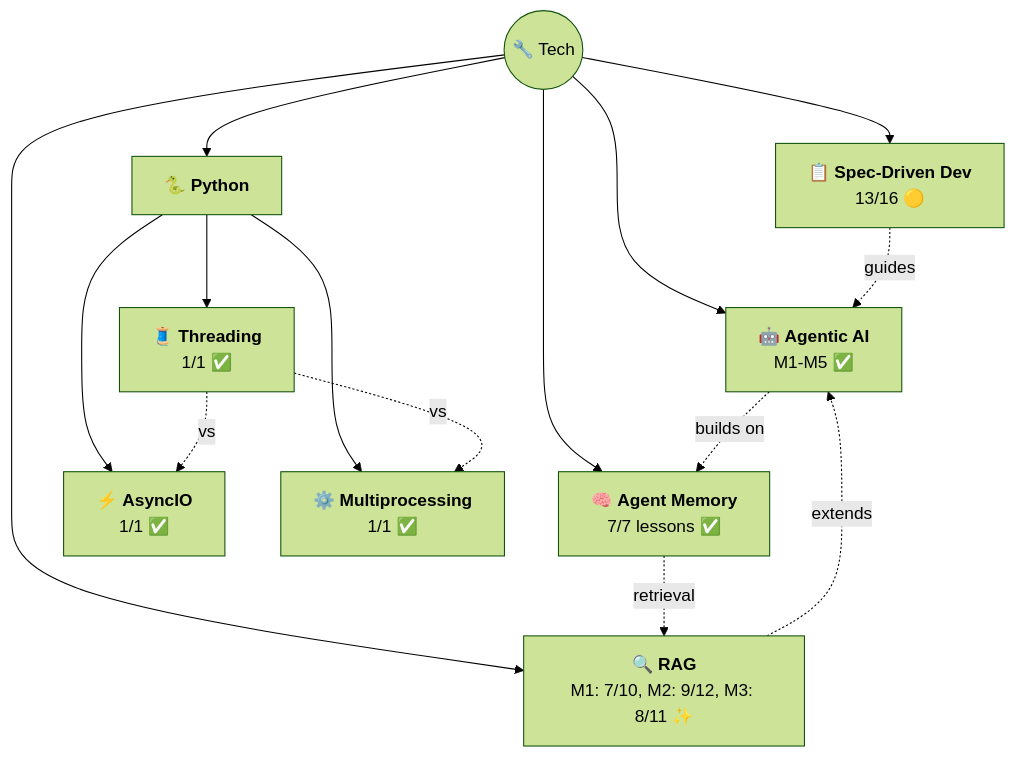
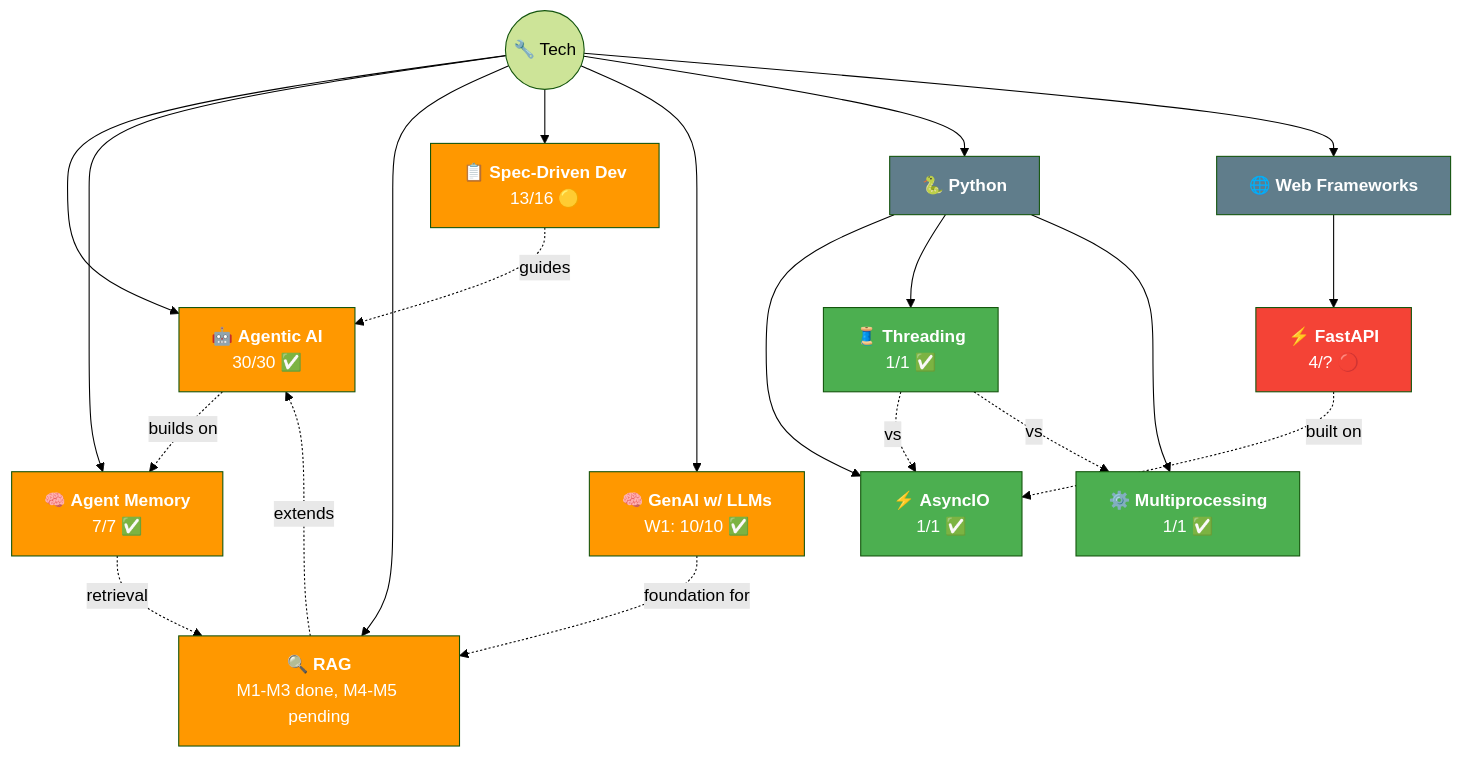
One commit to AyushSonuu/my-memory changed the diagram in _maps/tech.md. Above: the diagram before and after it, drawn with Mermaid (forest theme). The commit also changed other lines of this file and 10 other files, not shown here.

Commit message:
🔄 sync: full Tier 1+2 vault sync — FastAPI added to maps, GenAI W1 nav complete, tracker refreshed, fastapi_blog reset

````diff
--- a/_maps/tech.md
+++ b/_maps/tech.md
@@ -5,18 +5,39 @@
 ```mermaid
 graph TB
     T(("🔧 Tech"))
-    T --> AG["🤖 <b>Agentic AI</b><br/>M1-M5 ✅"]
-    T --> AM["🧠 <b>Agent Memory</b><br/>7/7 lessons ✅"]
-    T --> RAG["🔍 <b>RAG</b><br/>M1: 7/10, M2: 9/12, M3: 8/11 ✨"]
+
+    T --> AG["🤖 <b>Agentic AI</b><br/>30/30 ✅"]
+    T --> AM["🧠 <b>Agent Memory</b><br/>7/7 ✅"]
+    T --> RAG["🔍 <b>RAG</b><br/>M1-M3 done, M4-M5 pending"]
+    T --> SDD["📋 <b>Spec-Driven Dev</b><br/>13/16 🟡"]
+    T --> GN["🧠 <b>GenAI w/ LLMs</b><br/>W1: 10/10 ✅"]
+
     T --> PY["🐍 <b>Python</b>"]
     PY --> AIO["⚡ <b>AsyncIO</b><br/>1/1 ✅"]
     PY --> THR["🧵 <b>Threading</b><br/>1/1 ✅"]
     PY --> MP["⚙️ <b>Multiprocessing</b><br/>1/1 ✅"]
+
+    T --> WF["🌐 <b>Web Frameworks</b>"]
+    WF --> FA["⚡ <b>FastAPI</b><br/>4/? 🔴"]
+
     AG -.->|"builds on"| AM
     AM -.->|"retrieval"| RAG
     RAG -.->|"extends"| AG
-    T --> SDD["📋 <b>Spec-Driven Dev</b><br/>13/16 🟡"]
     SDD -.->|"guides"| AG
+    FA -.->|"built on"| AIO
     THR -.->|"vs"| AIO
     THR -.->|"vs"| MP
+    GN -.->|"foundation for"| RAG
+
+    style AG fill:#ff9800,color:#fff
+    style AM fill:#ff9800,color:#fff
+    style RAG fill:#ff9800,color:#fff
+    style SDD fill:#ff9800,color:#fff
+    style GN fill:#ff9800,color:#fff
+    style AIO fill:#4caf50,color:#fff
+    style THR fill:#4caf50,color:#fff
+    style MP fill:#4caf50,color:#fff
+    style FA fill:#f44336,color:#fff
+    style WF fill:#607d8b,color:#fff
+    style PY fill:#607d8b,color:#fff
 ```
````
